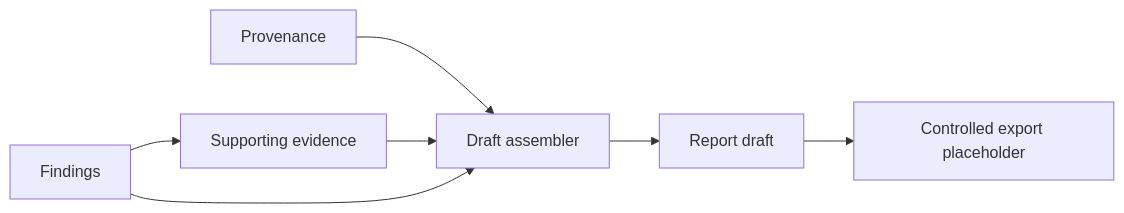
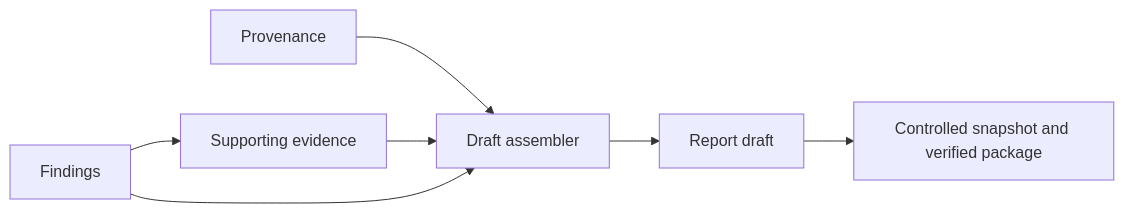
One commit to DimpleNemade/p.r.o.v.e changed the diagram in docs/diagrams/09-report-generation-flow.md. Above: the diagram before and after it, drawn with Mermaid. The commit also changed 53 other files, not shown here.

````diff
--- a/docs/diagrams/09-report-generation-flow.md
+++ b/docs/diagrams/09-report-generation-flow.md
@@ -3,9 +3,9 @@
 ```mermaid
 flowchart LR
   F[Findings] --> S[Supporting evidence]
   P[Provenance] --> D[Draft assembler]
   S --> D
   F --> D
   D --> R[Report draft]
-  R --> X[Controlled export placeholder]
+  R --> X[Controlled snapshot and verified package]
 ```
````
